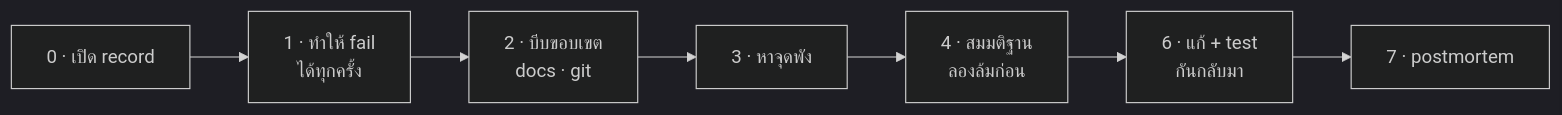
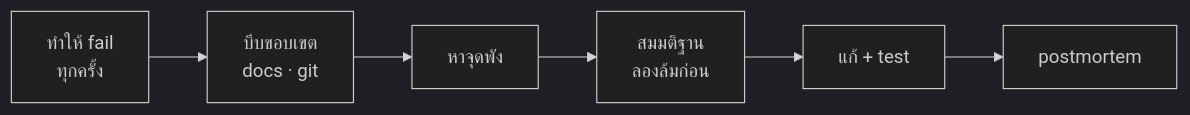
Before and after one commit to mousemouse094526/kiki-kit: the seventh of 8 diagrams in docs/flow.th.md, drawn with Mermaid (dark theme). The commit also changed other lines of this file and 4 other files, not shown here.

First line of the commit message:
docs(flow): rewrite for the single upstream gate; trim build references

````diff
--- a/docs/flow.th.md
+++ b/docs/flow.th.md
@@ -271,12 +191,11 @@
 ```mermaid
 flowchart LR
-    R["0 · เปิด record"]
-    RP["1 · ทำให้ fail<br/>ได้ทุกครั้ง"]
-    SC["2 · บีบขอบเขต<br/>docs · git"]
-    FP["3 · หาจุดพัง"]
-    H["4 · สมมติฐาน<br/>ลองล้มก่อน"]
-    FX["6 · แก้ + test<br/>กันกลับมา"]
-    PM["7 · postmortem"]
+    RP["ทำให้ fail<br/>ทุกครั้ง"]
+    SC["บีบขอบเขต<br/>docs · git"]
+    FP["หาจุดพัง"]
+    H["สมมติฐาน<br/>ลองล้มก่อน"]
+    FX["แก้ + test"]
+    PM["postmortem"]
 
-    R --> RP --> SC --> FP --> H --> FX --> PM
+    RP --> SC --> FP --> H --> FX --> PM
 ```
````
